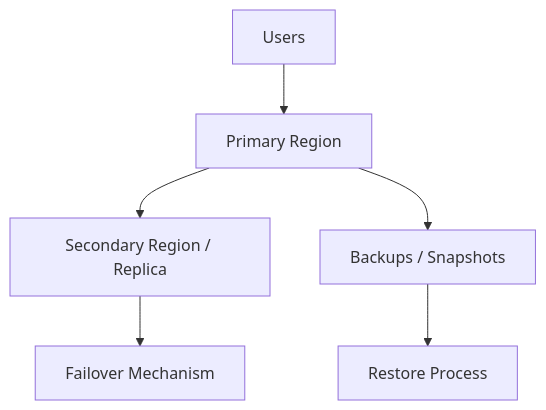
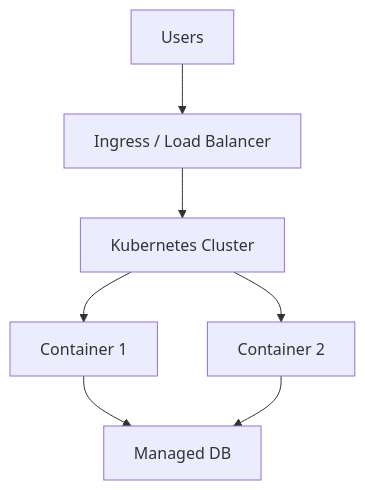
Diagram 13 of 26 in ARCHITECTURE.md (quesiblaq442-del/architecture-diagram), drawn with Mermaid before and after one commit. The commit also changed other lines of this file, not shown here.

Commit message:
Refresh the architecture document for a more polished, eye-catching overview

````diff
--- a/ARCHITECTURE.md
+++ b/ARCHITECTURE.md
@@ -403,8 +326,9 @@
 ```mermaid
 graph TB
-    Users["Users"] --> Prod["Primary Region"]
-    Prod --> Replica["Secondary Region / Replica"]
-    Prod --> Backup["Backups / Snapshots"]
-    Backup --> Restore["Restore Process"]
-    Replica --> Failover["Failover Mechanism"]
+    Users["Users"] --> Ingress["Ingress / Load Balancer"]
+    Ingress --> K8s["Kubernetes Cluster"]
+    K8s --> Pod1["Container 1"]
+    K8s --> Pod2["Container 2"]
+    Pod1 --> DB["Managed DB"]
+    Pod2 --> DB
 ```
````
